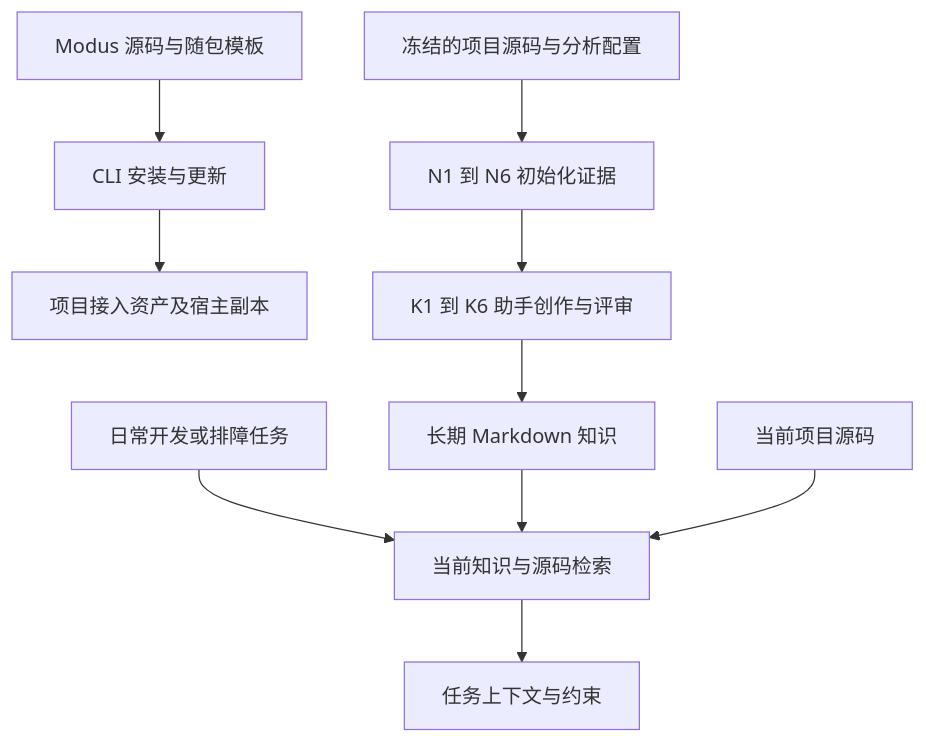
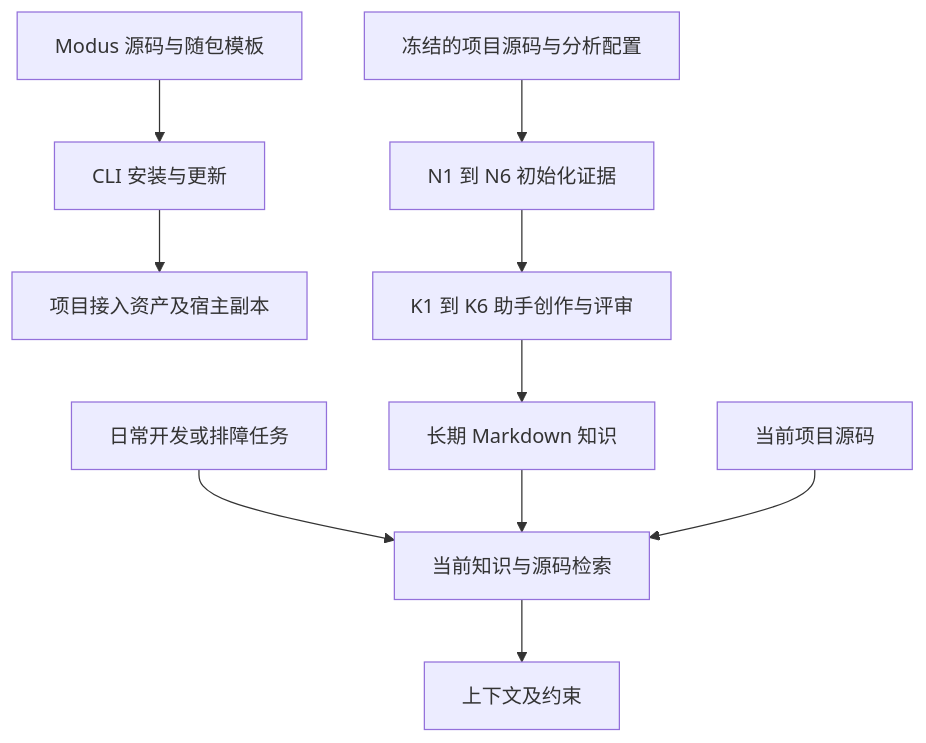
Before and after one commit to tencentmusic/modus: the diagram in skills/modus-development/references/global-overview.md, drawn with Mermaid. The commit also changed other lines of this file and 84 other files, not shown here.

````diff
--- a/skills/modus-development/references/global-overview.md
+++ b/skills/modus-development/references/global-overview.md
@@ -9,12 +9,12 @@
 ```mermaid
 flowchart TD
     A[Modus 源码与随包模板] --> B[CLI 安装与更新]
     B --> C[项目接入资产及宿主副本]
     D[冻结的项目源码与分析配置] --> E[N1 到 N6 初始化证据]
     E --> F[K1 到 K6 助手创作与评审]
     F --> G[长期 Markdown 知识]
     H[日常开发或排障任务] --> I[当前知识与源码检索]
     G --> I
     J[当前项目源码] --> I
-    I --> K[任务上下文与约束]
+    I --> K[上下文及约束]
 ```
````
